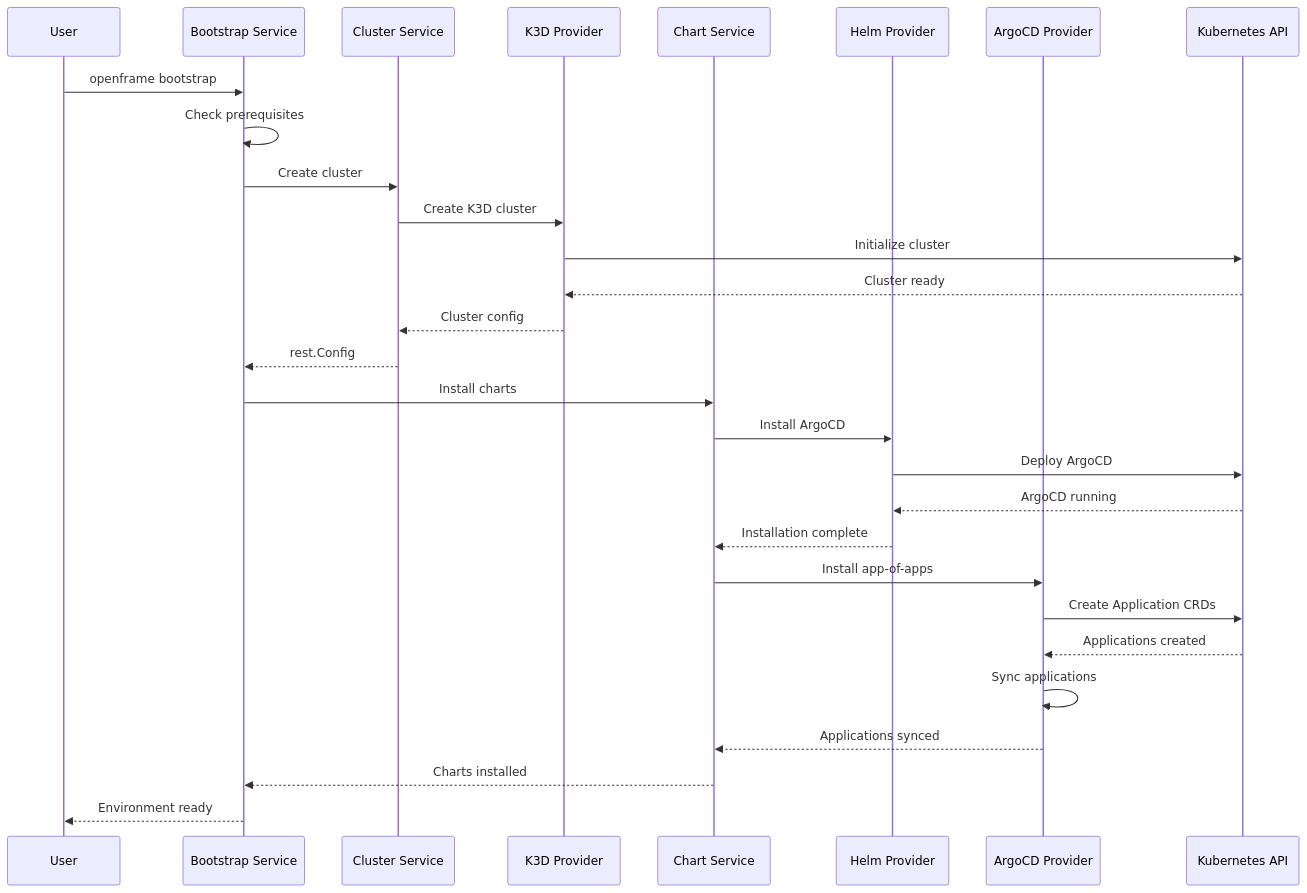
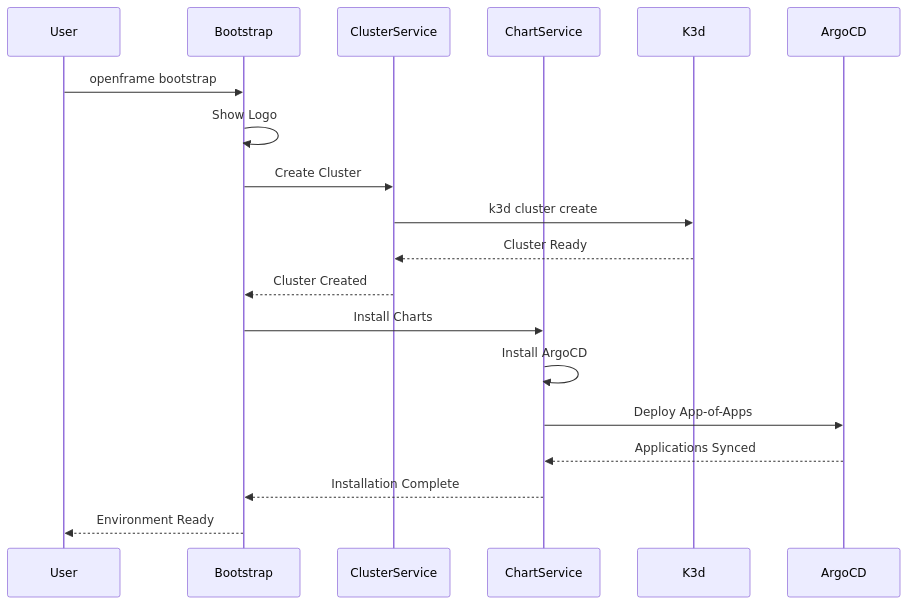
Before and after one commit to flamingo-stack/openframe-cli: the third of 4 diagrams in docs/architecture/overview.md, drawn with Mermaid. The commit also changed other lines of this file and 5 other files, not shown here.

Commit message:
docs: Stage 2 - Architecture analysis (5 files) [skip ci]

````diff
--- a/docs/architecture/overview.md
+++ b/docs/architecture/overview.md
@@ -173,34 +109,23 @@
 ```mermaid
 sequenceDiagram
     participant User
-    participant Bootstrap as Bootstrap Service
-    participant Cluster as Cluster Service
-    participant K3D as K3D Provider
-    participant Chart as Chart Service
-    participant Helm as Helm Provider
-    participant ArgoCD as ArgoCD Provider
-    participant K8s as Kubernetes API
+    participant Bootstrap
+    participant ClusterService
+    participant ChartService
+    participant K3d
+    participant ArgoCD
     
     User->>Bootstrap: openframe bootstrap
-    Bootstrap->>Bootstrap: Check prerequisites
-    Bootstrap->>Cluster: Create cluster
-    Cluster->>K3D: Create K3D cluster
-    K3D->>K8s: Initialize cluster
-    K8s-->>K3D: Cluster ready
-    K3D-->>Cluster: Cluster config
-    Cluster-->>Bootstrap: rest.Config
+    Bootstrap->>Bootstrap: Show Logo
+    Bootstrap->>ClusterService: Create Cluster
+    ClusterService->>K3d: k3d cluster create
+    K3d-->>ClusterService: Cluster Ready
+    ClusterService-->>Bootstrap: Cluster Created
     
-    Bootstrap->>Chart: Install charts
-    Chart->>Helm: Install ArgoCD
-    Helm->>K8s: Deploy ArgoCD
-    K8s-->>Helm: ArgoCD running
-    Helm-->>Chart: Installation complete
-    
-    Chart->>ArgoCD: Install app-of-apps
-    ArgoCD->>K8s: Create Application CRDs
-    K8s-->>ArgoCD: Applications created
-    ArgoCD->>ArgoCD: Sync applications
-    ArgoCD-->>Chart: Applications synced
-    Chart-->>Bootstrap: Charts installed
-    Bootstrap-->>User: Environment ready
+    Bootstrap->>ChartService: Install Charts
+    ChartService->>ChartService: Install ArgoCD
+    ChartService->>ArgoCD: Deploy App-of-Apps
+    ArgoCD-->>ChartService: Applications Synced
+    ChartService-->>Bootstrap: Installation Complete
+    Bootstrap-->>User: Environment Ready
 ```
````
